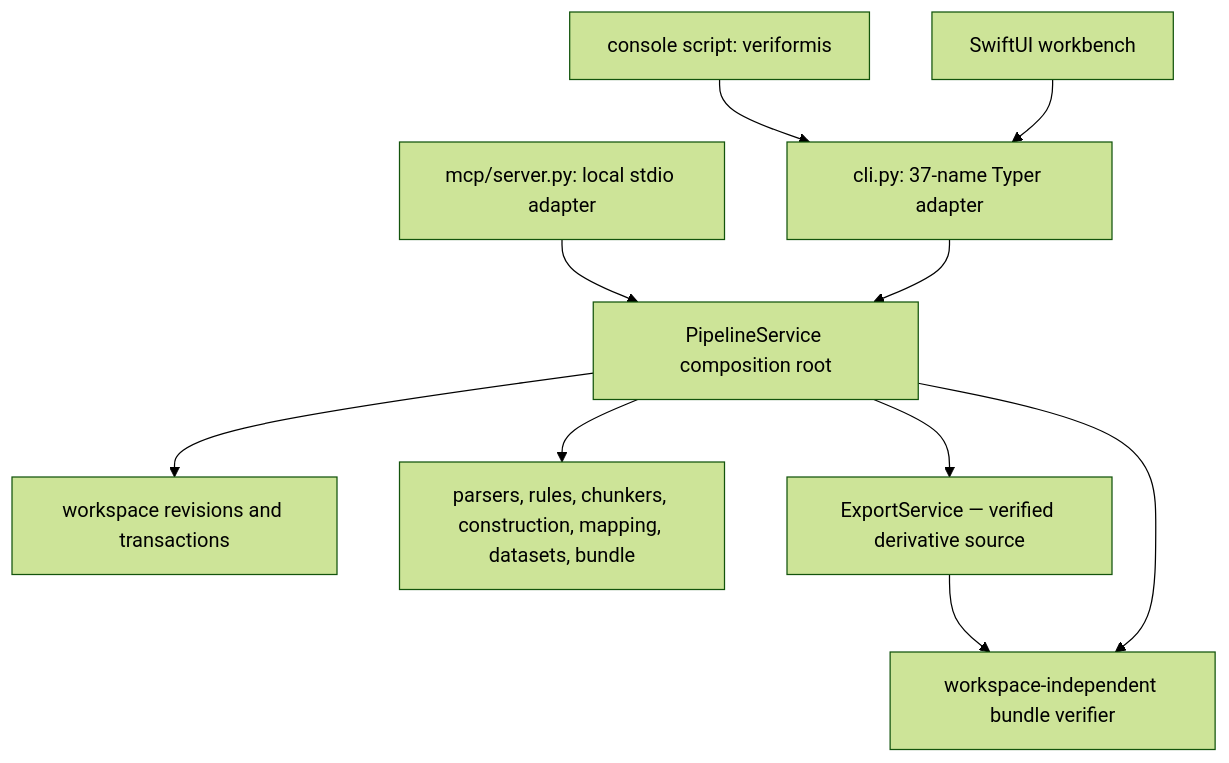
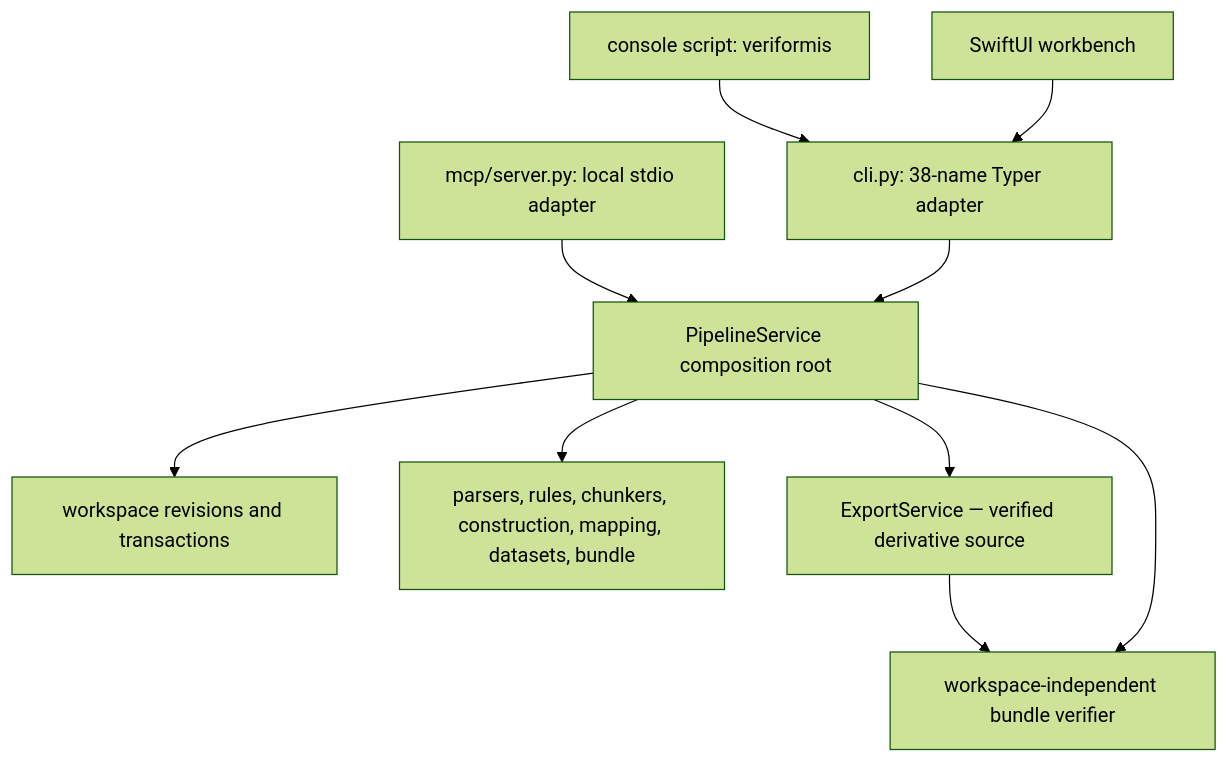
Before and after one commit to ogprotege/Veriformis: the first of 2 diagrams in docs/architecture/entry-points.md, drawn with Mermaid (forest theme). The commit also changed other lines of this file and 34 other files, not shown here.

````diff
--- a/docs/architecture/entry-points.md
+++ b/docs/architecture/entry-points.md
@@ -44,12 +44,12 @@
 ```mermaid
 flowchart TD
-    script["console script: veriformis"] --> cli["cli.py: 37-name Typer adapter"]
+    script["console script: veriformis"] --> cli["cli.py: 38-name Typer adapter"]
     mcp["mcp/server.py: local stdio adapter"] --> service["PipelineService composition root"]
     cli --> service
     mac["SwiftUI workbench"] --> cli
     service --> workspace["workspace revisions and transactions"]
     service --> domains["parsers, rules, chunkers, construction, mapping, datasets, bundle"]
     service --> exports["ExportService — verified derivative source"]
     exports --> verifier
     service --> verifier["workspace-independent bundle verifier"]
 ```
````
